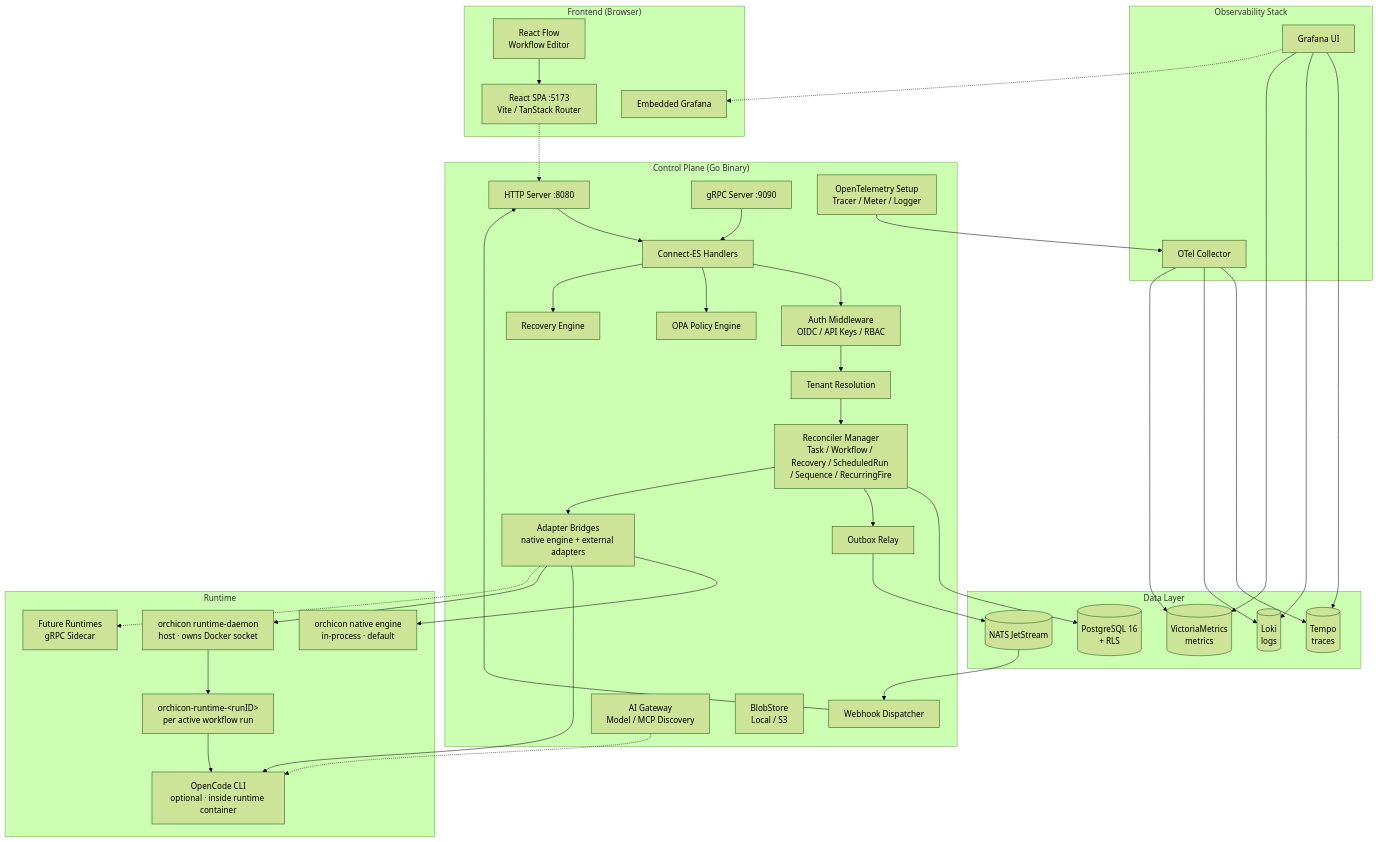
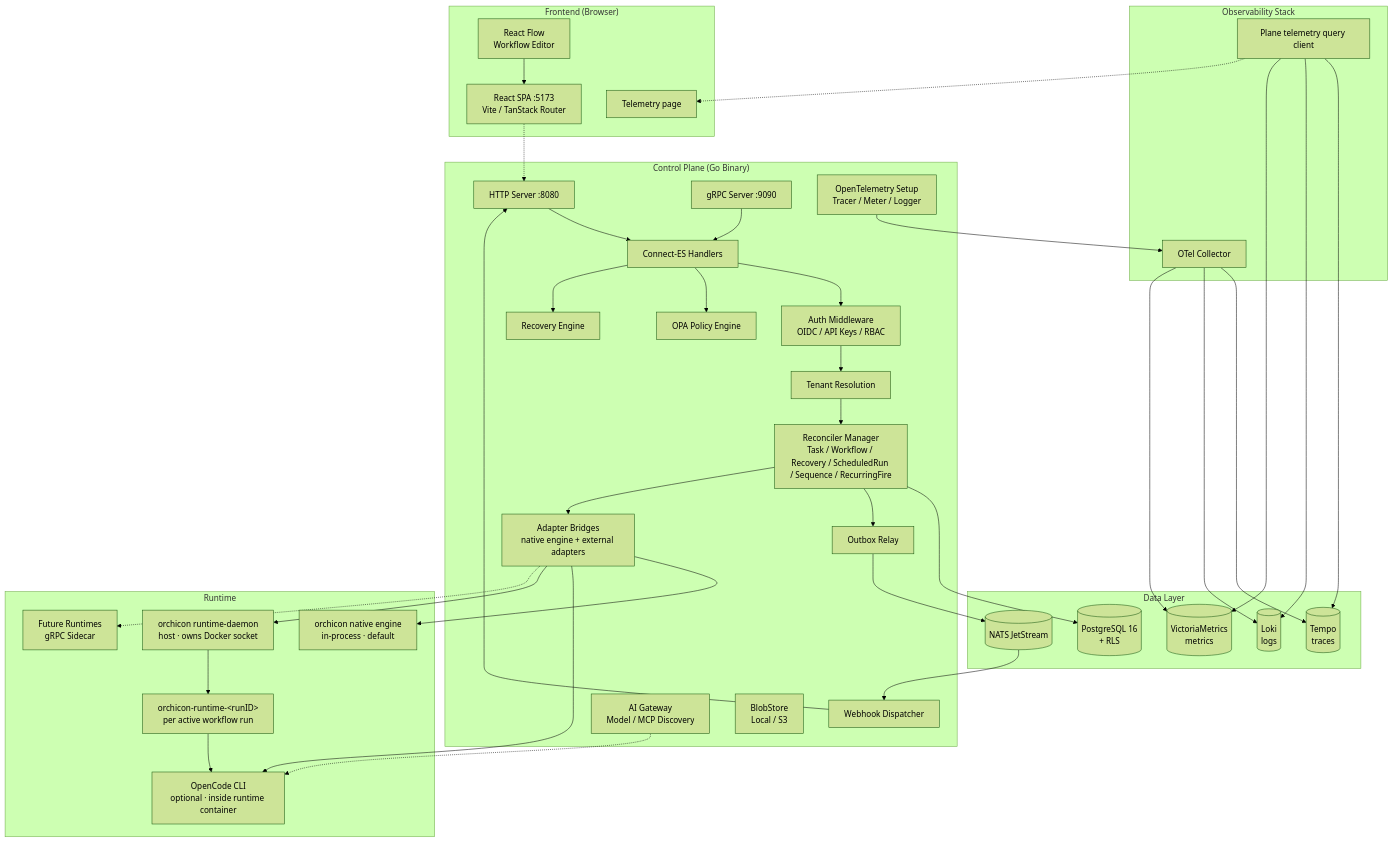
Before and after one commit to beardedparrott/Orchicon: the first of 3 diagrams in ARCHITECTURE.md, drawn with Mermaid (forest theme). The commit also changed other lines of this file and 46 other files, not shown here.

First line of the commit message:
refactor(telemetry): remove Grafana from the plane — proxy, iframe, config, proc, port

````diff
--- a/ARCHITECTURE.md
+++ b/ARCHITECTURE.md
@@ -101,77 +101,77 @@
 ```mermaid
 graph TB
     subgraph "Control Plane (Go Binary)"
         HTTP[HTTP Server :8080]
         GRPC[gRPC Server :9090]
         Connect[Connect-ES Handlers]
         Auth[Auth Middleware<br/>OIDC / API Keys / RBAC]
         Tenant[Tenant Resolution]
         Reconcilers[Reconciler Manager<br/>Task / Workflow / Recovery / ScheduledRun / Sequence / RecurringFire]
         OutboxRelay[Outbox Relay]
         WebhookDispatch[Webhook Dispatcher]
         Policy[OPA Policy Engine]
         RecoveryEngine[Recovery Engine]
         AdapterBridge[Adapter Bridges<br/>native engine + external adapters]
         AIGateway[AI Gateway<br/>Model / MCP Discovery]
         Telemetry[OpenTelemetry Setup<br/>Tracer / Meter / Logger]
         BlobStore[BlobStore<br/>Local / S3]
     end
 
     subgraph "Data Layer"
         PG[(PostgreSQL 16<br/>+ RLS)]
         NATS[(NATS JetStream)]
         Tempo[(Tempo<br/>traces)]
         Loki[(Loki<br/>logs)]
         VM[(VictoriaMetrics<br/>metrics)]
     end
 
     subgraph "Observability Stack"
         OTel[OTel Collector]
-        Grafana[Grafana UI]
+        QueryTier[Plane telemetry query client]
     end
 
     subgraph "Runtime"
         RuntimeDaemon[orchicon runtime-daemon<br/>host · owns Docker socket]
         RuntimeContainer[orchicon-runtime-&lt;runID&gt;<br/>per active workflow run]
         NativeEngine[orchicon native engine<br/>in-process · default]
         OpenCode[OpenCode CLI<br/>optional · inside runtime container]
         FutureRuntime[Future Runtimes<br/>gRPC Sidecar]
     end
 
     subgraph "Frontend (Browser)"
         SPA[React SPA :5173<br/>Vite / TanStack Router]
         ReactFlow[React Flow<br/>Workflow Editor]
-        GrafanaIFrame[Embedded Grafana]
+        TelemetryPage[Telemetry page]
     end
 
     HTTP --> Connect
     GRPC --> Connect
     Connect --> Auth
     Auth --> Tenant
     Tenant --> Reconcilers
     Reconcilers --> PG
     Reconcilers --> OutboxRelay
     Reconcilers --> AdapterBridge
     AdapterBridge --> NativeEngine
     AdapterBridge --> OpenCode
     OutboxRelay --> NATS
     NATS --> WebhookDispatch
     WebhookDispatch --> HTTP
     AdapterBridge --> RuntimeDaemon
     RuntimeDaemon --> RuntimeContainer
     RuntimeContainer --> OpenCode
     AdapterBridge -.-> FutureRuntime
     AIGateway -.-> OpenCode
     Connect --> Policy
     Connect --> RecoveryEngine
     Telemetry --> OTel
     OTel --> Tempo
     OTel --> Loki
     OTel --> VM
-    Grafana --> Tempo
-    Grafana --> Loki
-    Grafana --> VM
-    Grafana -.-> GrafanaIFrame
+    QueryTier --> Tempo
+    QueryTier --> Loki
+    QueryTier --> VM
+    QueryTier -.-> TelemetryPage
     SPA -.-> HTTP
     ReactFlow --> SPA
 ```
````
